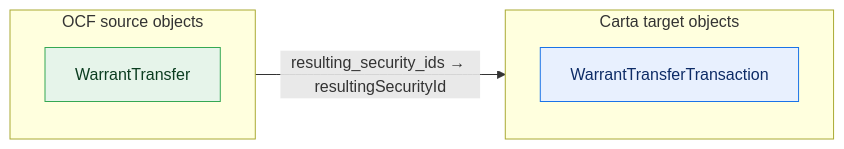
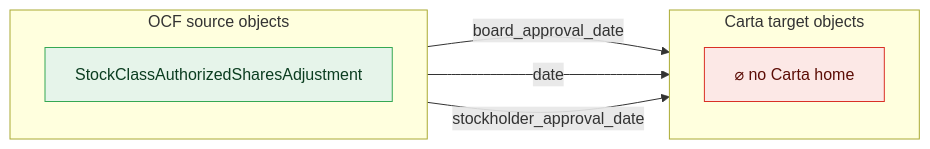
One commit to Open-Cap-Table-Coalition/OCF-Composed-Schemas changed diagram 17 of 30 in core/core-gaps.md. Above: the diagram before and after it, drawn with Mermaid. The commit also changed other lines of this file and 11 other files, not shown here.

First line of the commit message:
Flow diagrams: one fully separate diagram per OCF object flavor

````diff
--- a/core/core-gaps.md
+++ b/core/core-gaps.md
@@ -74,16 +400,18 @@
 ```mermaid
 flowchart LR
   classDef adm fill:#e6f4ea,stroke:#34a853,color:#0b3d20;
   classDef notadm fill:#f1f3f4,stroke:#9aa0a6,color:#5f6368,stroke-dasharray:4 3;
   classDef carta fill:#e8f0fe,stroke:#1a73e8,color:#0d2b66;
   classDef sink fill:#fce8e6,stroke:#d93025,color:#5c0d06;
   subgraph SRC["OCF source objects"]
     direction TB
-    o0["WarrantTransfer"]:::adm
+    o0["StockClassAuthorizedSharesAdjustment"]:::adm
   end
   subgraph TGT["Carta target objects"]
     direction TB
-    t0["WarrantTransferTransaction"]:::carta
+    sink["⌀ no Carta home"]:::sink
   end
-  o0 -->|"resulting_security_ids → resultingSecurityId"| t0
+  o0 -->|"board_approval_date"| sink
+  o0 -->|"date"| sink
+  o0 -->|"stockholder_approval_date"| sink
 ```
````
